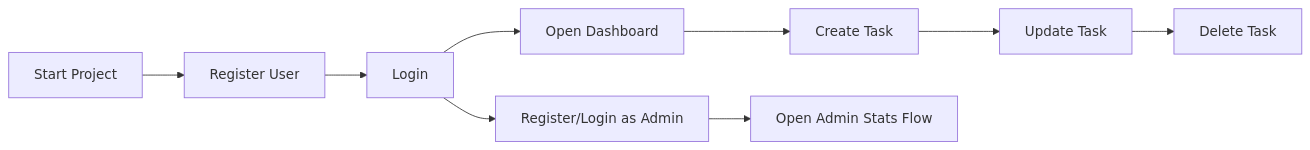
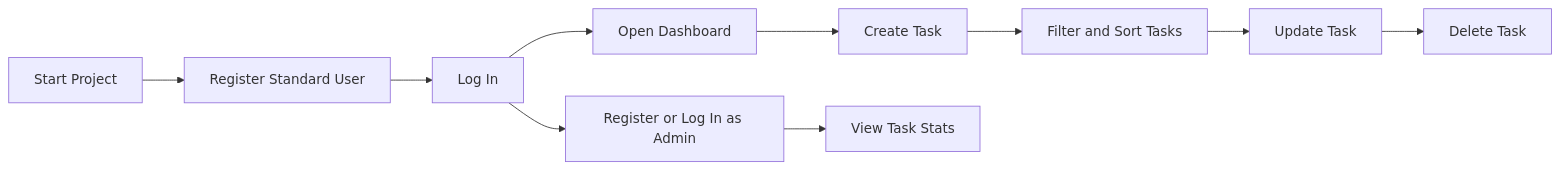
Before and after one commit to adarshkshitij/Assignment: the diagram in REVIEWER_GUIDE.md, drawn with Mermaid. The commit also changed other lines of this file and 7 other files, not shown here.

````diff
--- a/REVIEWER_GUIDE.md
+++ b/REVIEWER_GUIDE.md
@@ -54,11 +65,12 @@
 ```mermaid
 flowchart LR
-    Start[Start Project] --> Register[Register User]
-    Register --> Login[Login]
+    Start[Start Project] --> Register[Register Standard User]
+    Register --> Login[Log In]
     Login --> Dashboard[Open Dashboard]
     Dashboard --> Create[Create Task]
-    Create --> Update[Update Task]
+    Create --> Filter[Filter and Sort Tasks]
+    Filter --> Update[Update Task]
     Update --> Delete[Delete Task]
-    Login --> Admin[Register/Login as Admin]
-    Admin --> Stats[Open Admin Stats Flow]
+    Login --> Admin[Register or Log In as Admin]
+    Admin --> Stats[View Task Stats]
 ```
````
